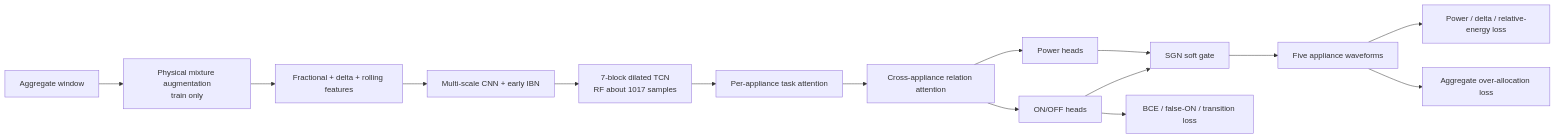
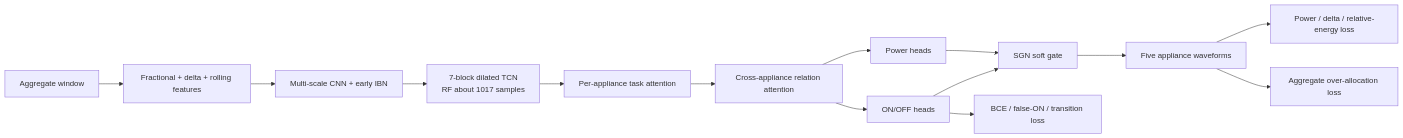
Before and after one commit to rtie2002/high_low_freq_NILM: the second of 2 diagrams in multi_appliances_NILM/docs/multinilm_relational_physics.md, drawn with Mermaid. The commit also changed other lines of this file and 3 other files, not shown here.

````diff
--- a/multi_appliances_NILM/docs/multinilm_relational_physics.md
+++ b/multi_appliances_NILM/docs/multinilm_relational_physics.md
@@ -58,17 +58,16 @@
 ```mermaid
 flowchart LR
-    X[Aggregate window] --> AUG[Physical mixture augmentation<br/>train only]
-    AUG --> FE[Fractional + delta + rolling features]
+    X[Aggregate window] --> FE[Fractional + delta + rolling features]
     FE --> IBN[Multi-scale CNN + early IBN]
     IBN --> TCN[7-block dilated TCN<br/>RF about 1017 samples]
     TCN --> TA[Per-appliance task attention]
     TA --> RA[Cross-appliance relation attention]
     RA --> PH[Power heads]
     RA --> SH[ON/OFF heads]
     SH --> SG[SGN soft gate]
     PH --> SG
     SG --> OUT[Five appliance waveforms]
     OUT --> L1[Power / delta / relative-energy loss]
     OUT --> L2[Aggregate over-allocation loss]
     SH --> L3[BCE / false-ON / transition loss]
 ```
````
